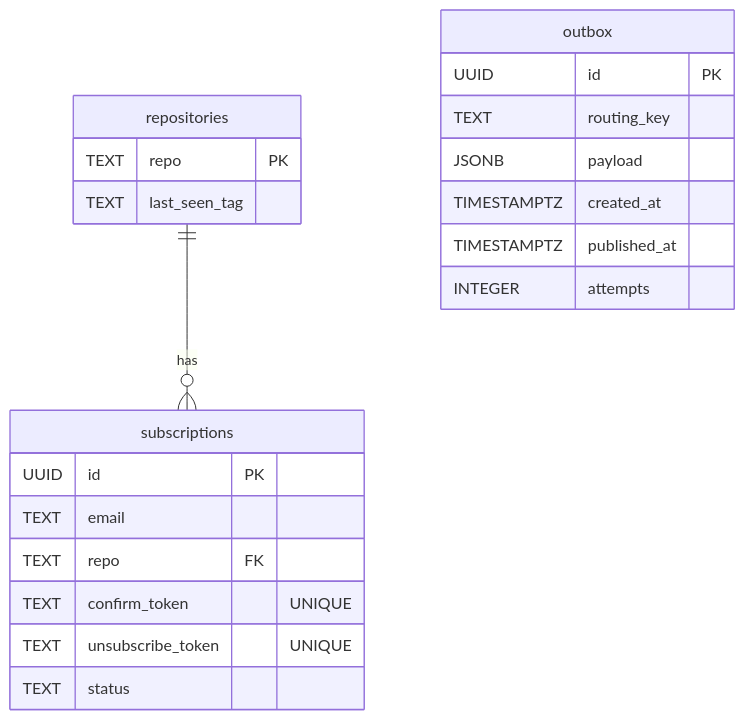
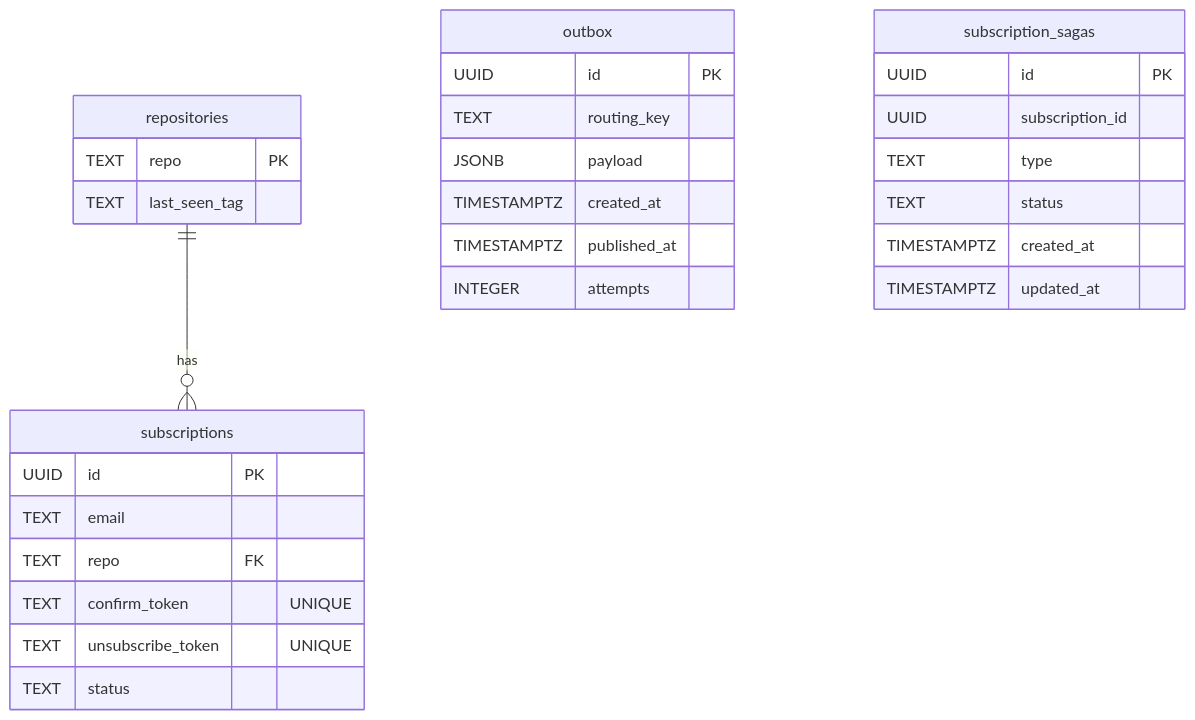
The sixth of 7 diagrams in docs/system-design.md (GenesisEducationKyiv/software-engineering-school-6-0-Hradivnyk), drawn with Mermaid before and after one commit. The commit also changed other lines of this file, not shown here.

Commit message:
docs: update system design with saga sequence diagrams and new data model

````diff
--- a/docs/system-design.md
+++ b/docs/system-design.md
@@ -419,24 +521,32 @@
 ```mermaid
 erDiagram
     repositories {
         TEXT repo PK
         TEXT last_seen_tag
     }
     subscriptions {
         UUID id PK
         TEXT email
         TEXT repo FK
         TEXT confirm_token "UNIQUE"
         TEXT unsubscribe_token "UNIQUE"
         TEXT status
     }
     outbox {
         UUID id PK
         TEXT routing_key
         JSONB payload
         TIMESTAMPTZ created_at
         TIMESTAMPTZ published_at
         INTEGER attempts
     }
+    subscription_sagas {
+        UUID id PK
+        UUID subscription_id
+        TEXT type
+        TEXT status
+        TIMESTAMPTZ created_at
+        TIMESTAMPTZ updated_at
+    }
     repositories ||--o{ subscriptions : "has"
 ```
````
